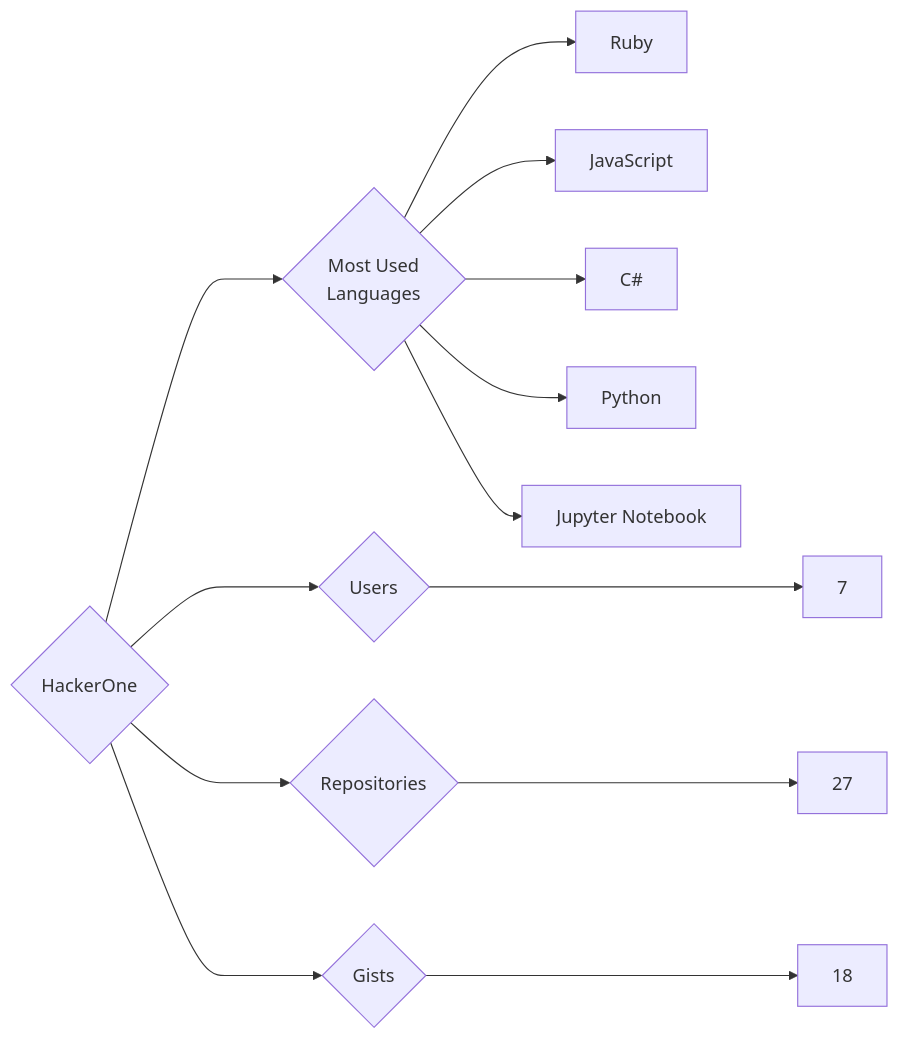
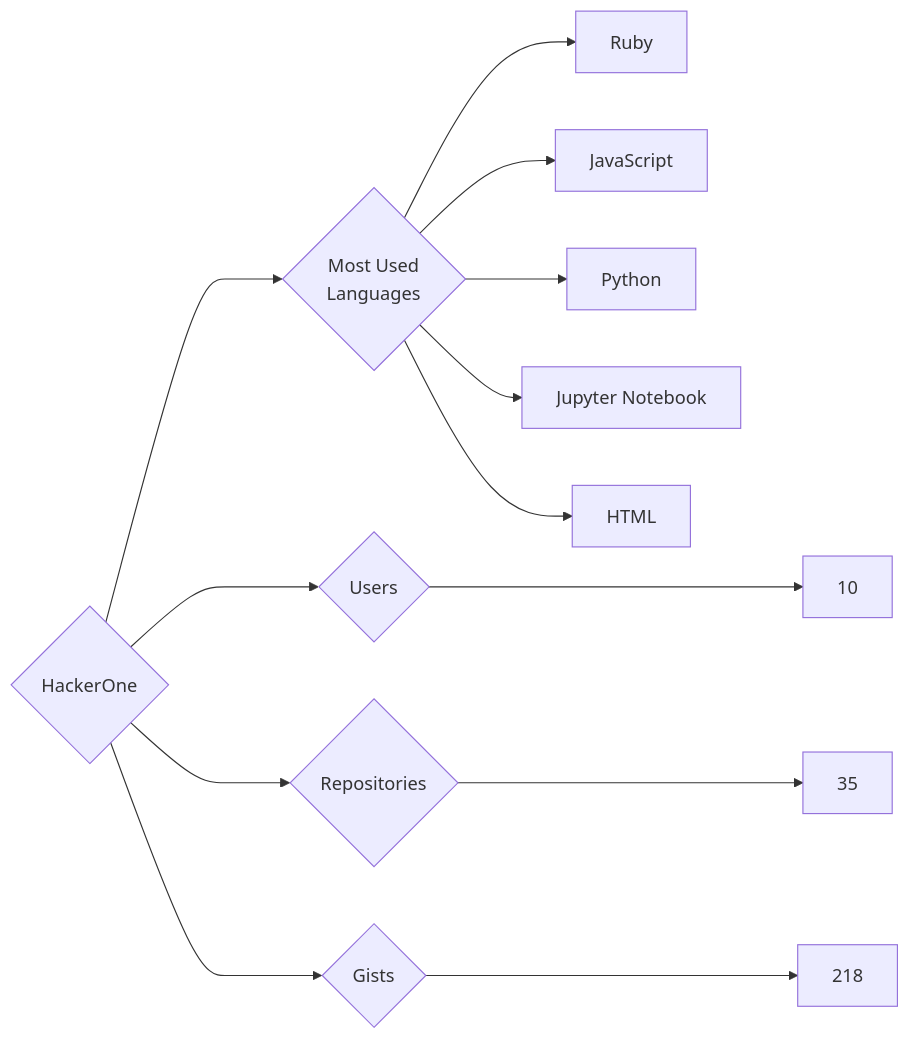
Before and after one commit to trickest/insiders: the diagram in targets/HackerOne/README.md, drawn with Mermaid. The commit also changed 1175 other files, not shown here.

````diff
--- a/targets/HackerOne/README.md
+++ b/targets/HackerOne/README.md
@@ -3,13 +3,13 @@
 ```mermaid
 graph LR
 COMPANY_NAME{HackerOne}
-COMPANY_NAME ---> U{Users} ---> UN[7]
-COMPANY_NAME ---> R{Repositories} ---> RN[27]
-COMPANY_NAME ---> G{Gists} ---> GN[18]
+COMPANY_NAME ---> U{Users} ---> UN[10]
+COMPANY_NAME ---> R{Repositories} ---> RN[35]
+COMPANY_NAME ---> G{Gists} ---> GN[218]
 COMPANY_NAME ---> ML{Most Used<br>Languages}
 ML --> Ruby[Ruby]
 ML --> JavaScript[JavaScript]
-ML --> C#[C#]
 ML --> Python[Python]
 ML --> Jupyter_Notebook[Jupyter Notebook]
+ML --> HTML[HTML]
 ```
````
